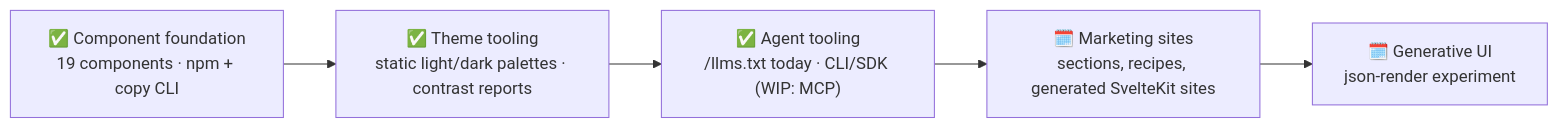
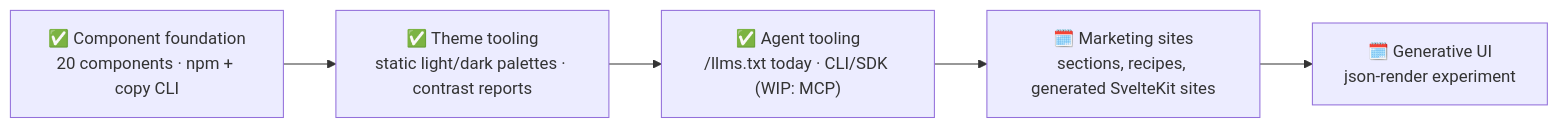
Before and after one commit to feuersteiner/bref-ui: the diagram in readme.md, drawn with Mermaid. The commit also changed other lines of this file and 9 other files, not shown here.

````diff
--- a/readme.md
+++ b/readme.md
@@ -144,9 +144,9 @@
 ```mermaid
 flowchart LR
-    foundation["✅ Component foundation<br/>19 components · npm + copy CLI"]
+    foundation["✅ Component foundation<br/>20 components · npm + copy CLI"]
     themes["✅ Theme tooling<br/>static light/dark palettes · contrast reports"]
     agents["✅ Agent tooling<br/>/llms.txt today · CLI/SDK (WIP: MCP)"]
     sites["🗓️ Marketing sites<br/>sections, recipes, generated SvelteKit sites"]
     genui["🗓️ Generative UI<br/>json-render experiment"]
     foundation --> themes --> agents --> sites --> genui
 ```
````
